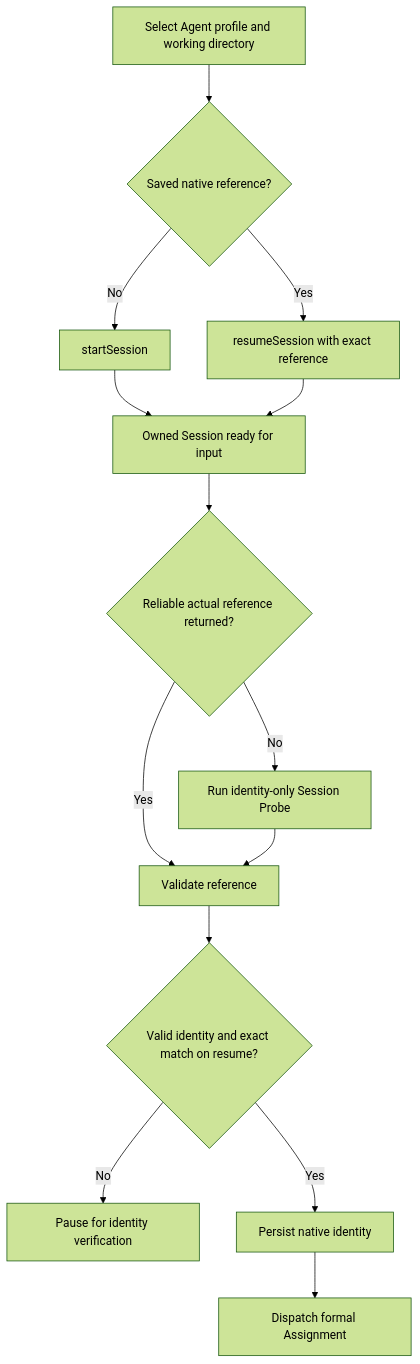
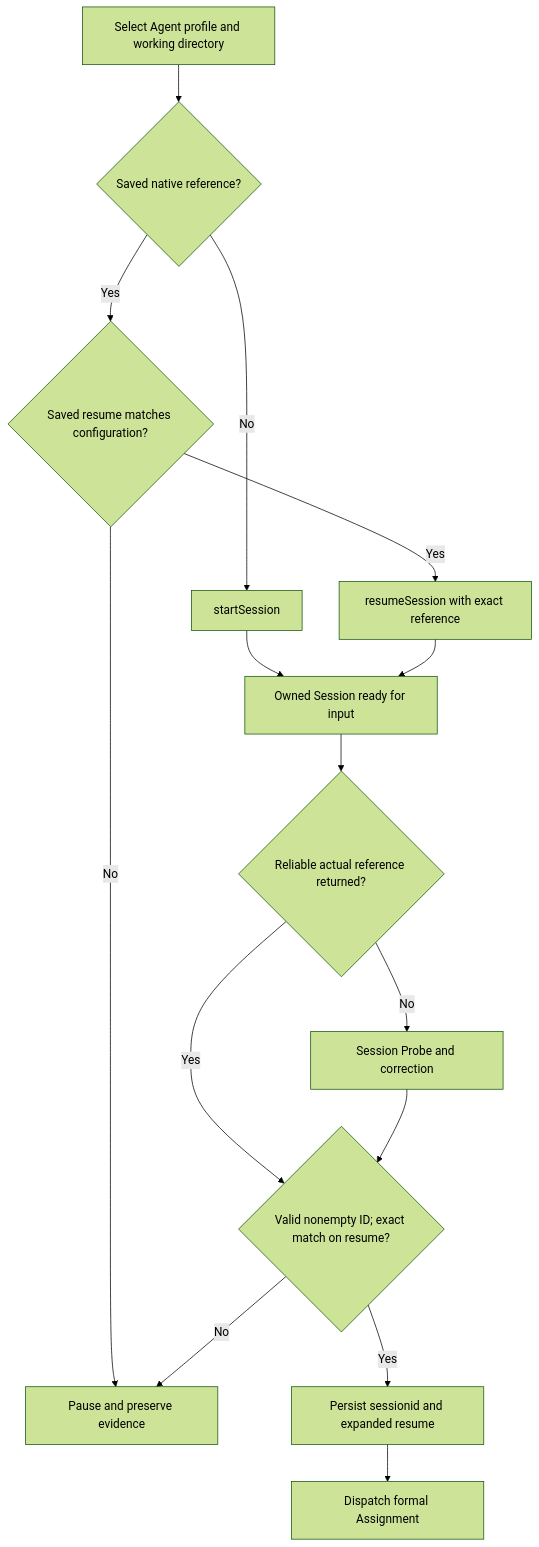
Before and after one commit to BuddyLabsCo/issue-runner-core: the third of 6 diagrams in docs/terminal-contract.md, drawn with Mermaid (forest theme). The commit also changed other lines of this file, not shown here.

Commit message:
docs: express lifecycle flows in Mermaid diagrams

````diff
--- a/docs/terminal-contract.md
+++ b/docs/terminal-contract.md
@@ -433,16 +429,17 @@
 ```mermaid
 flowchart TD
     Begin["Select Agent profile and working directory"] --> Mode{"Saved native reference?"}
     Mode -->|No| Start["startSession"]
-    Mode -->|Yes| Resume["resumeSession with exact reference"]
+    Mode -->|Yes| Saved{"Saved resume matches configuration?"}
+    Saved -->|Yes| Resume["resumeSession with exact reference"]
+    Saved -->|No| Pause["Pause and preserve evidence"]
     Start --> Ready["Owned Session ready for input"]
     Resume --> Ready
     Ready --> Ref{"Reliable actual reference returned?"}
-    Ref -->|Yes| Validate["Validate reference"]
-    Ref -->|No| Probe["Run identity-only Session Probe"]
-    Probe --> Validate
-    Validate --> Match{"Valid identity and exact match on resume?"}
-    Match -->|No| Pause["Pause for identity verification"]
-    Match -->|Yes| Persist["Persist native identity"]
+    Ref -->|Yes| Match{"Valid nonempty ID; exact match on resume?"}
+    Ref -->|No| Probe["Session Probe and correction"]
+    Probe --> Match
+    Match -->|No| Pause
+    Match -->|Yes| Persist["Persist sessionid and expanded resume"]
     Persist --> Dispatch["Dispatch formal Assignment"]
 ```
````
